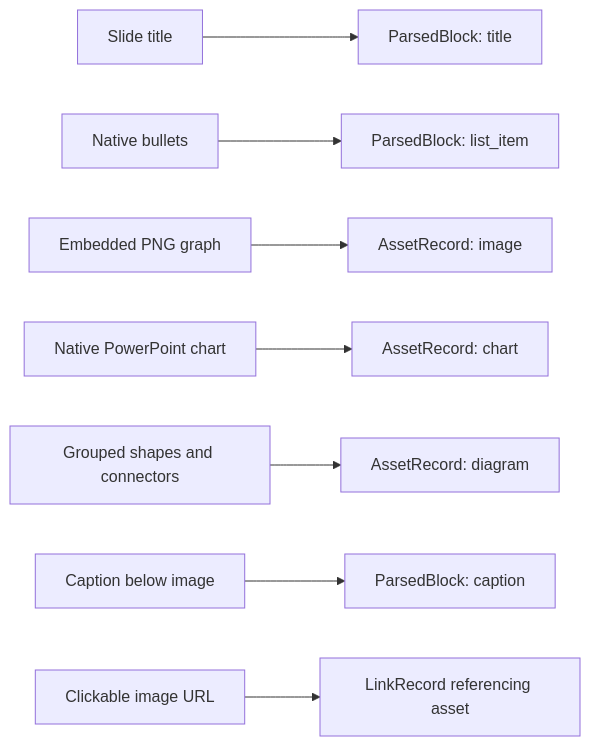
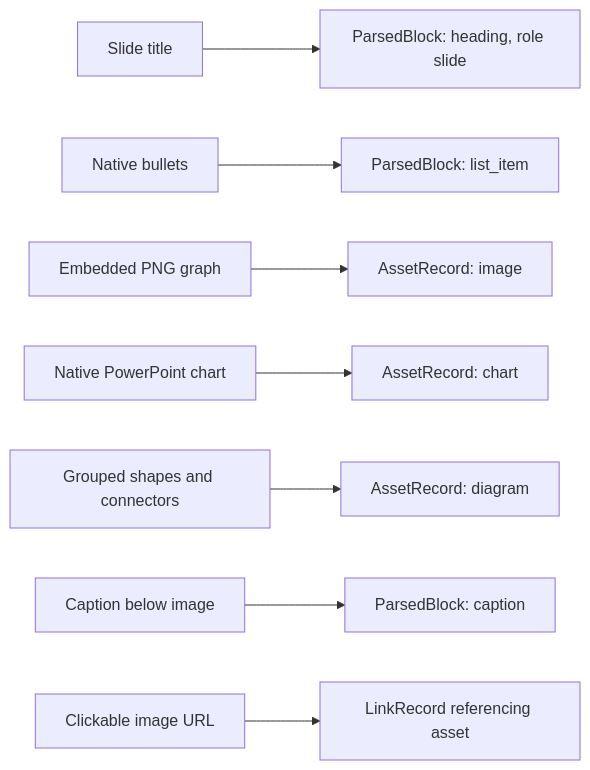
One commit to TatVan-24/StudyBot changed the eighth of 12 diagrams in Architecture/06-parser-contracts.md. Above: the diagram before and after it, drawn with Mermaid. The commit also changed other lines of this file and 1 other file, not shown here.

````diff
--- a/Architecture/06-parser-contracts.md
+++ b/Architecture/06-parser-contracts.md
@@ -547,10 +558,10 @@
 ```mermaid
 flowchart LR
-    T[Slide title] --> TB[ParsedBlock: title]
+    T[Slide title] --> TB[ParsedBlock: heading, role slide]
     B[Native bullets] --> BB[ParsedBlock: list_item]
     PNG[Embedded PNG graph] --> IA[AssetRecord: image]
     C[Native PowerPoint chart] --> CA[AssetRecord: chart]
     G[Grouped shapes and connectors] --> DA[AssetRecord: diagram]
     CP[Caption below image] --> CB[ParsedBlock: caption]
     U[Clickable image URL] --> LR[LinkRecord referencing asset]
 ```
````
